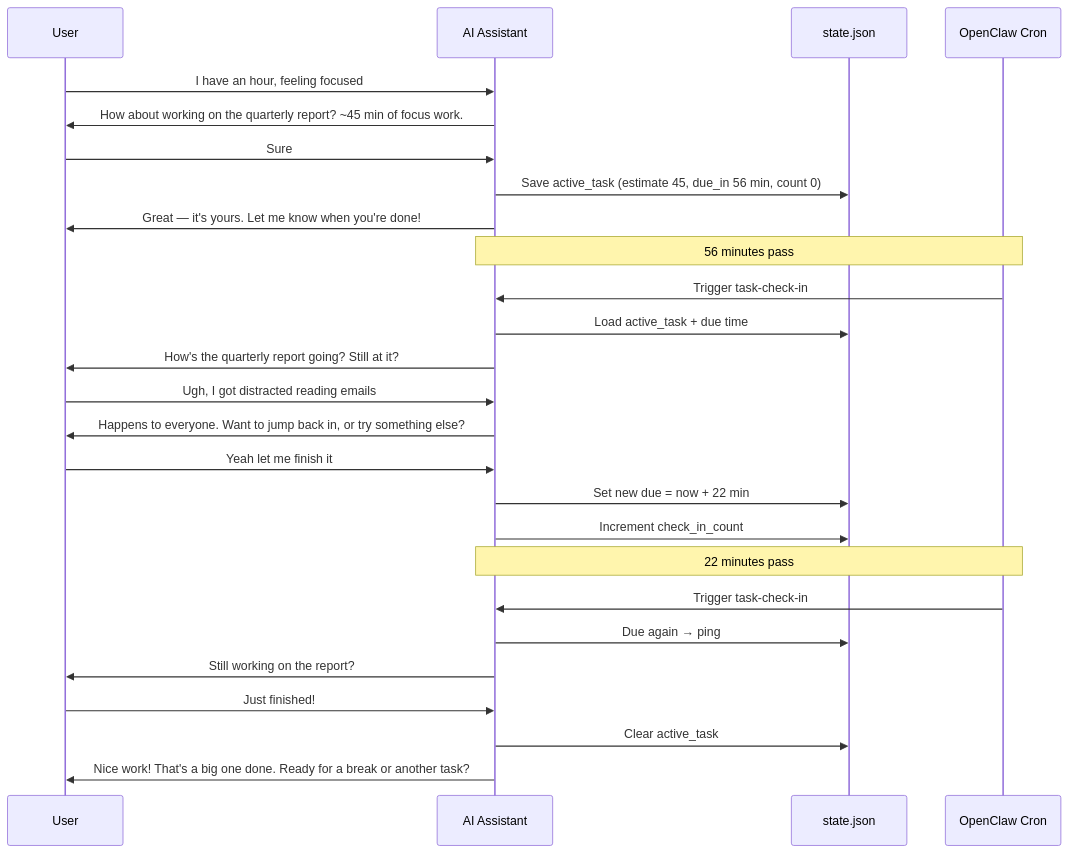
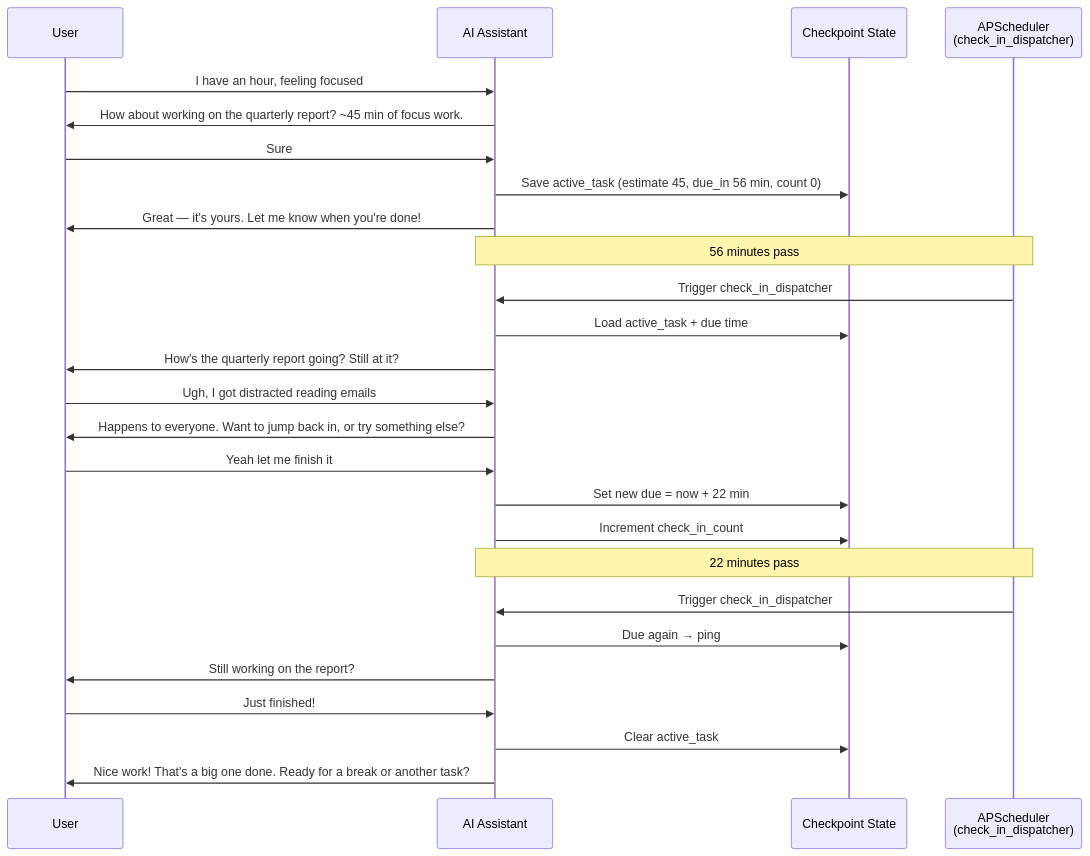
Before and after one commit to NickBorgersProbably/hide-my-list: diagram 28 of 28 in docs/user-interactions.md, drawn with Mermaid. The commit also changed other lines of this file and 34 other files, not shown here.

First line of the commit message:
phase-d/D1-delete: remove OpenClaw runtime files

````diff
--- a/docs/user-interactions.md
+++ b/docs/user-interactions.md
@@ -968,35 +941,35 @@
 ```mermaid
 sequenceDiagram
     participant U as User
     participant AI as AI Assistant
-    participant State as state.json
-    participant Cron as OpenClaw Cron
+    participant State as Checkpoint State
+    participant Sched as APScheduler<br/>(check_in_dispatcher)
 
     U->>AI: I have an hour, feeling focused
     AI->>U: How about working on the quarterly report? ~45 min of focus work.
     U->>AI: Sure
     AI->>State: Save active_task (estimate 45, due_in 56 min, count 0)
     AI->>U: Great — it's yours. Let me know when you're done!
 
-    Note over AI,Cron: 56 minutes pass
+    Note over AI,Sched: 56 minutes pass
 
-    Cron->>AI: Trigger task-check-in
+    Sched->>AI: Trigger check_in_dispatcher
     AI->>State: Load active_task + due time
     AI->>U: How's the quarterly report going? Still at it?
 
     U->>AI: Ugh, I got distracted reading emails
     AI->>U: Happens to everyone. Want to jump back in, or try something else?
     U->>AI: Yeah let me finish it
     AI->>State: Set new due = now + 22 min
     AI->>State: Increment check_in_count
 
-    Note over AI,Cron: 22 minutes pass
+    Note over AI,Sched: 22 minutes pass
 
-    Cron->>AI: Trigger task-check-in
+    Sched->>AI: Trigger check_in_dispatcher
     AI->>State: Due again → ping
     AI->>U: Still working on the report?
 
     U->>AI: Just finished!
     AI->>State: Clear active_task
     AI->>U: Nice work! That's a big one done. Ready for a break or another task?
 ```
````
